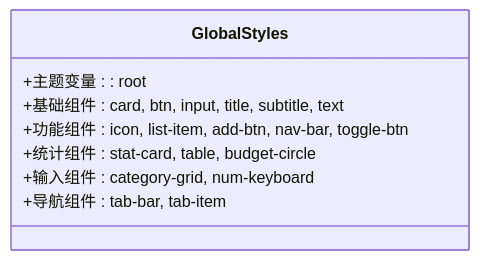
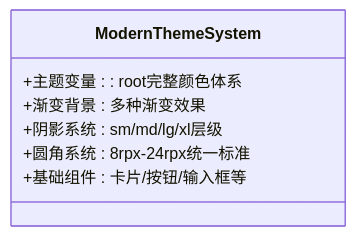
The third of 6 diagrams in .qoder/repowiki/zh/content/样式与界面设计.md (shisfish/miaobill), drawn with Mermaid before and after one commit. The commit also changed other lines of this file and 18 other files, not shown here.

````diff
--- a/.qoder/repowiki/zh/content/样式与界面设计.md
+++ b/.qoder/repowiki/zh/content/样式与界面设计.md
@@ -131,11 +151,10 @@
 ```mermaid
 classDiagram
-class GlobalStyles {
-+主题变量 : : root
-+基础组件 : card, btn, input, title, subtitle, text
-+功能组件 : icon, list-item, add-btn, nav-bar, toggle-btn
-+统计组件 : stat-card, table, budget-circle
-+输入组件 : category-grid, num-keyboard
-+导航组件 : tab-bar, tab-item
+class ModernThemeSystem {
++主题变量 : : root完整颜色体系
++渐变背景 : 多种渐变效果
++阴影系统 : sm/md/lg/xl层级
++圆角系统 : 8rpx-24rpx统一标准
++基础组件 : 卡片/按钮/输入框等
 }
 ```
````
